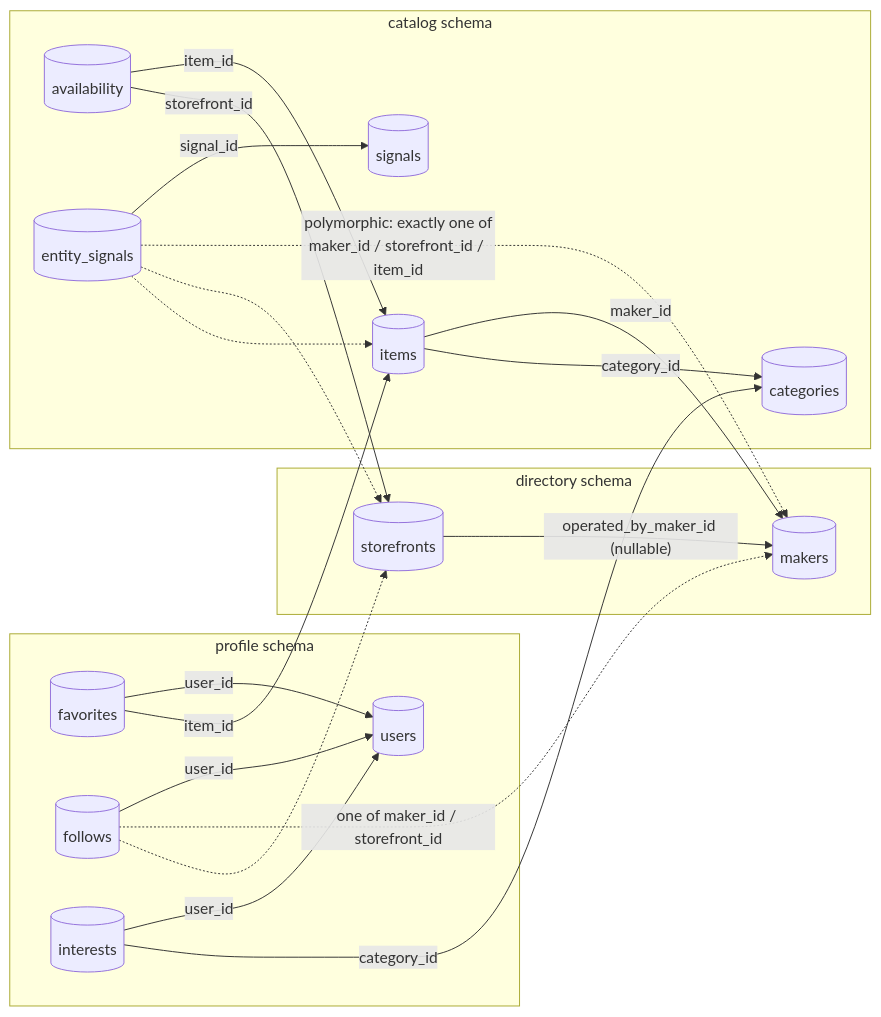
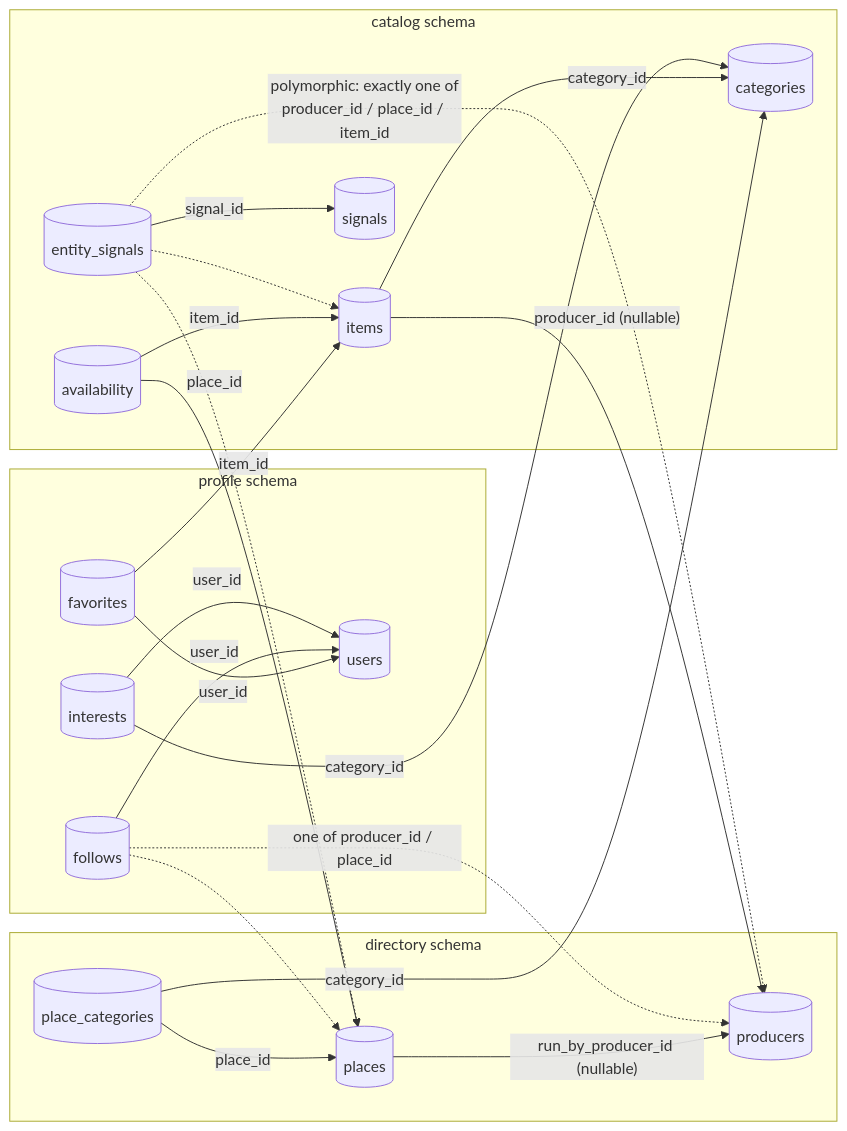
Before and after one commit to danicajiao/cove: the first of 2 diagrams in docs/MARKETPLACE_ARCHITECTURE.md, drawn with Mermaid. The commit also changed other lines of this file and 6 other files, not shown here.

First line of the commit message:
Document producers, places, activity and Eat & Drink

````diff
--- a/docs/MARKETPLACE_ARCHITECTURE.md
+++ b/docs/MARKETPLACE_ARCHITECTURE.md
@@ -130,37 +147,40 @@
 ```mermaid
 flowchart LR
     subgraph directory["directory schema"]
-        makers[(makers)]
-        storefronts[(storefronts)]
+        producers[(producers)]
+        places[(places)]
+        place_categories[(place_categories)]
     end
     subgraph catalog["catalog schema"]
         items[(items)]
         availability[(availability)]
         categories[(categories)]
         signals[(signals)]
         entity_signals[(entity_signals)]
     end
     subgraph profile["profile schema"]
         users[(users)]
         favorites[(favorites)]
         follows[(follows)]
         interests[(interests)]
     end
 
-    items -->|maker_id| makers
+    items -->|"producer_id (nullable)"| producers
     items -->|category_id| categories
-    storefronts -->|"operated_by_maker_id (nullable)"| makers
+    places -->|"run_by_producer_id (nullable)"| producers
     availability -->|item_id| items
-    availability -->|storefront_id| storefronts
+    availability -->|place_id| places
+    place_categories -->|place_id| places
+    place_categories -->|category_id| categories
     entity_signals -->|signal_id| signals
-    entity_signals -.->|"polymorphic: exactly one of<br/>maker_id / storefront_id / item_id"| makers
-    entity_signals -.-> storefronts
+    entity_signals -.->|"polymorphic: exactly one of<br/>producer_id / place_id / item_id"| producers
+    entity_signals -.-> places
     entity_signals -.-> items
     favorites -->|user_id| users
     favorites -->|item_id| items
     follows -->|user_id| users
-    follows -.->|"one of maker_id / storefront_id"| makers
-    follows -.-> storefronts
+    follows -.->|"one of producer_id / place_id"| producers
+    follows -.-> places
     interests -->|user_id| users
     interests -->|category_id| categories
 ```
````
